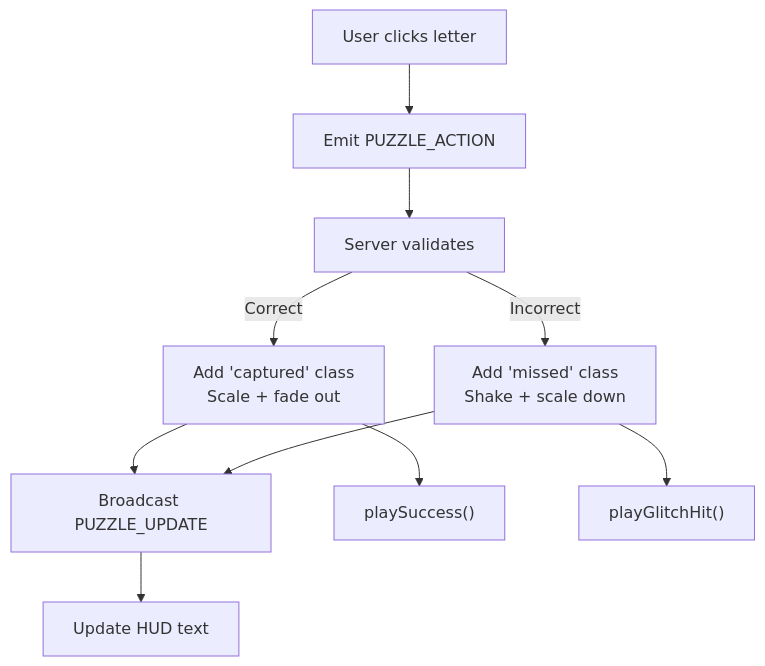
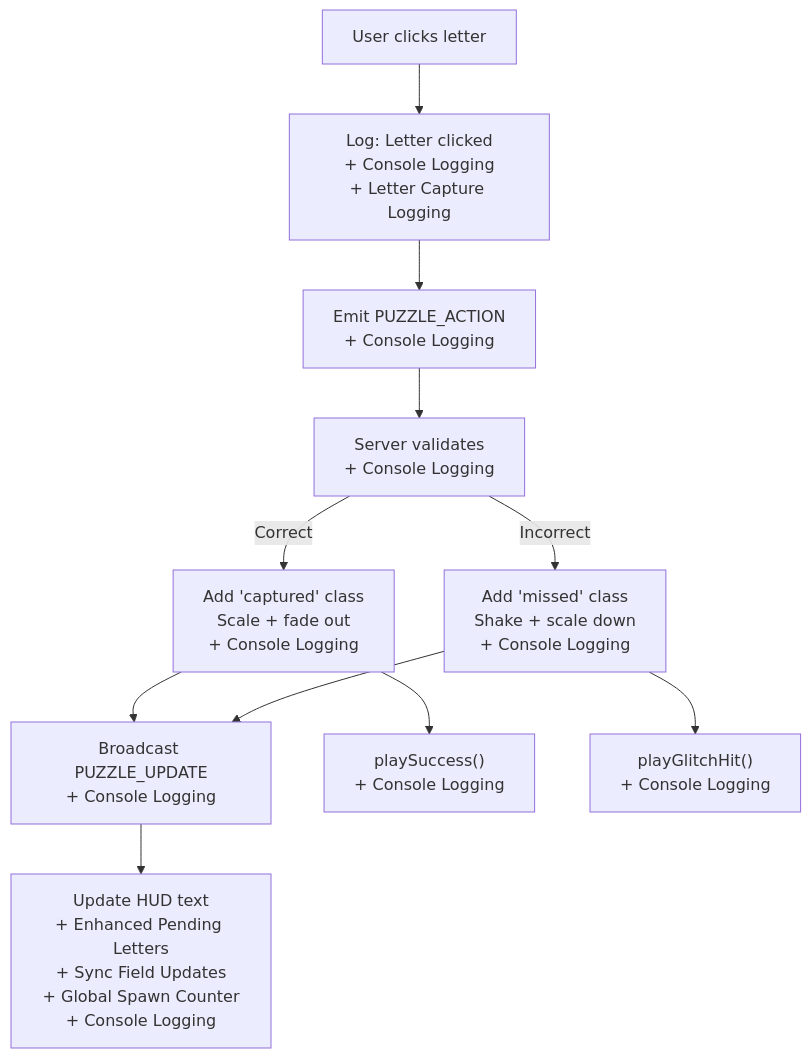
One commit to dkoukoul/escape-room-mvp changed the seventh of 9 diagrams in .qoder/repowiki/en/content/Puzzle System/Asymmetric Symbols Puzzle.md. Above: the diagram before and after it, drawn with Mermaid. The commit also changed other lines of this file and 21 other files, not shown here.

````diff
--- a/.qoder/repowiki/en/content/Puzzle System/Asymmetric Symbols Puzzle.md
+++ b/.qoder/repowiki/en/content/Puzzle System/Asymmetric Symbols Puzzle.md
@@ -338,12 +422,13 @@
 ```mermaid
 flowchart TD
-Click["User clicks letter"] --> Emit["Emit PUZZLE_ACTION"]
-Emit --> Server["Server validates"]
-Server --> |Correct| Animate["Add 'captured' class<br/>Scale + fade out"]
-Server --> |Incorrect| MissAnim["Add 'missed' class<br/>Shake + scale down"]
-Animate --> Update["Broadcast PUZZLE_UPDATE"]
+Click["User clicks letter"] --> LogClick["Log: Letter clicked<br/>+ Console Logging<br/>+ Letter Capture Logging"]
+LogClick --> Emit["Emit PUZZLE_ACTION<br/>+ Console Logging"]
+Emit --> Server["Server validates<br/>+ Console Logging"]
+Server --> |Correct| Animate["Add 'captured' class<br/>Scale + fade out<br/>+ Console Logging"]
+Server --> |Incorrect| MissAnim["Add 'missed' class<br/>Shake + scale down<br/>+ Console Logging"]
+Animate --> Update["Broadcast PUZZLE_UPDATE<br/>+ Console Logging"]
 MissAnim --> Update
-Update --> HUD["Update HUD text"]
-Animate --> Sound["playSuccess()"]
-MissAnim --> Sound2["playGlitchHit()"]
+Update --> HUD["Update HUD text<br/>+ Enhanced Pending Letters<br/>+ Sync Field Updates<br/>+ Global Spawn Counter<br/>+ Console Logging"]
+Animate --> Sound["playSuccess()<br/>+ Console Logging"]
+MissAnim --> Sound2["playGlitchHit()<br/>+ Console Logging"]
 ```
````
